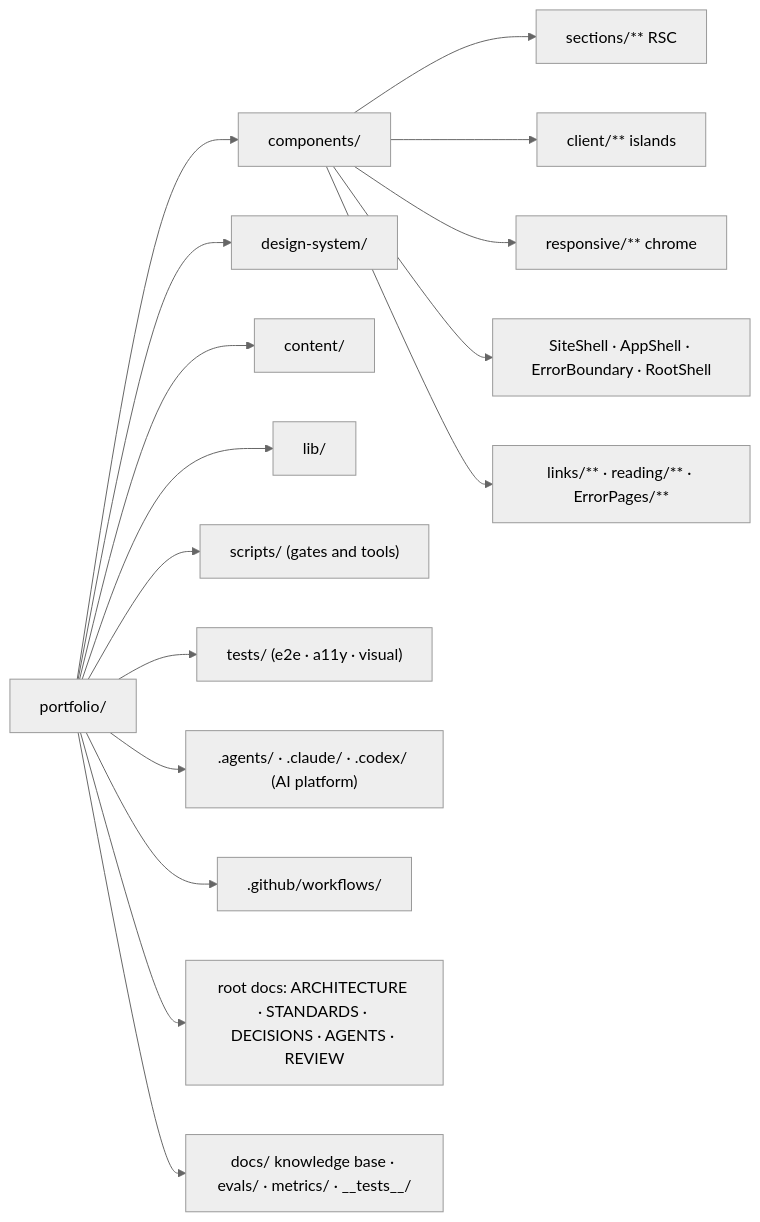
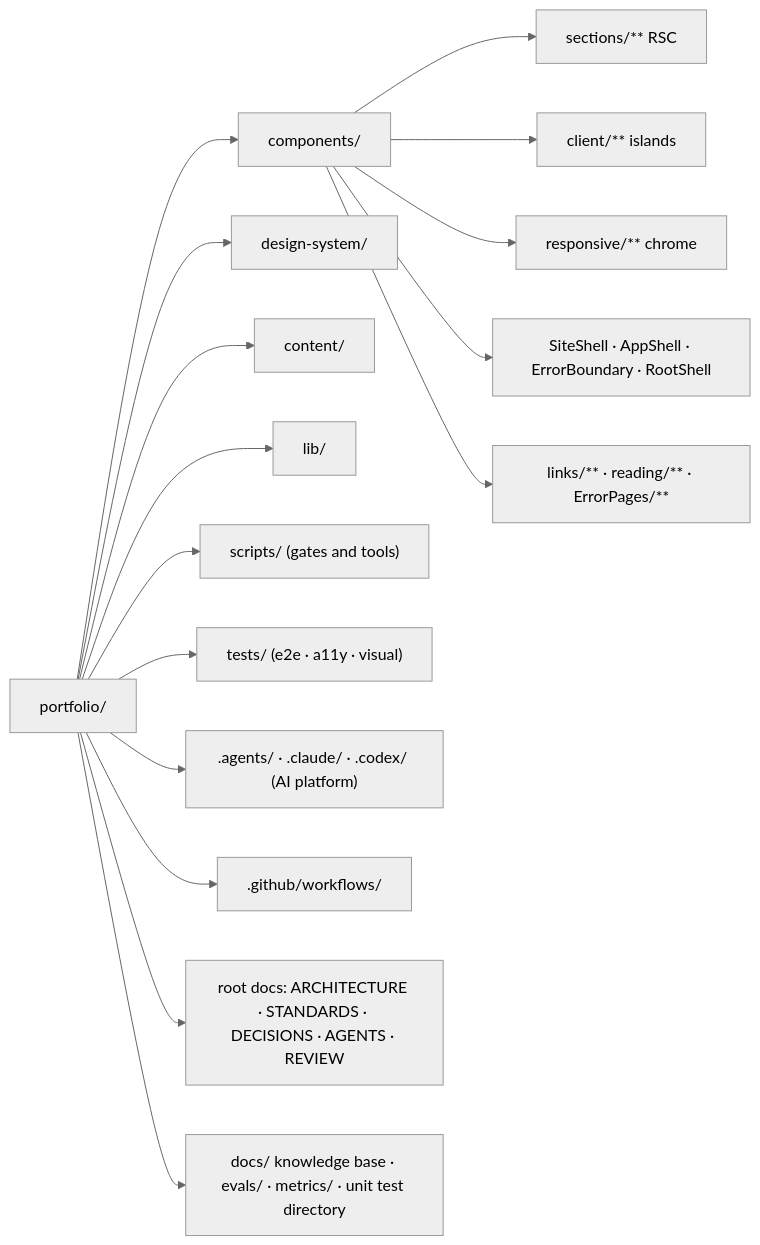
The fifth of 7 diagrams in docs/01-architecture.md (erikunha/portfolio), drawn with Mermaid (neutral theme) before and after one commit. The commit also changed other lines of this file and 1 other file, not shown here.

First line of the commit message:
docs(diagrams): keep underscores and asterisks in diagram labels from rendering as emphasis

````diff
--- a/docs/01-architecture.md
+++ b/docs/01-architecture.md
@@ -102,19 +102,19 @@
 ```mermaid
 flowchart LR
     root["portfolio/"]
     root --> comp["components/"]
     root --> dsx["design-system/"]
     root --> cont["content/"]
     root --> lib["lib/"]
     root --> scr["scripts/ (gates and tools)"]
     root --> tst["tests/ (e2e · a11y · visual)"]
     root --> cl[".agents/ · .claude/ · .codex/ (AI platform)"]
     root --> gh[".github/workflows/"]
     root --> docs["root docs: ARCHITECTURE · STANDARDS · DECISIONS · AGENTS · REVIEW"]
-    root --> kb["docs/ knowledge base · evals/ · metrics/ · __tests__/"]
+    root --> kb["docs/ knowledge base · evals/ · metrics/ · unit test directory"]
     comp --> c1["sections/** RSC"]
     comp --> c2["client/** islands"]
     comp --> c3["responsive/** chrome"]
     comp --> c4["SiteShell · AppShell · ErrorBoundary · RootShell"]
     comp --> c5["links/** · reading/** · ErrorPages/**"]
 ```
````
